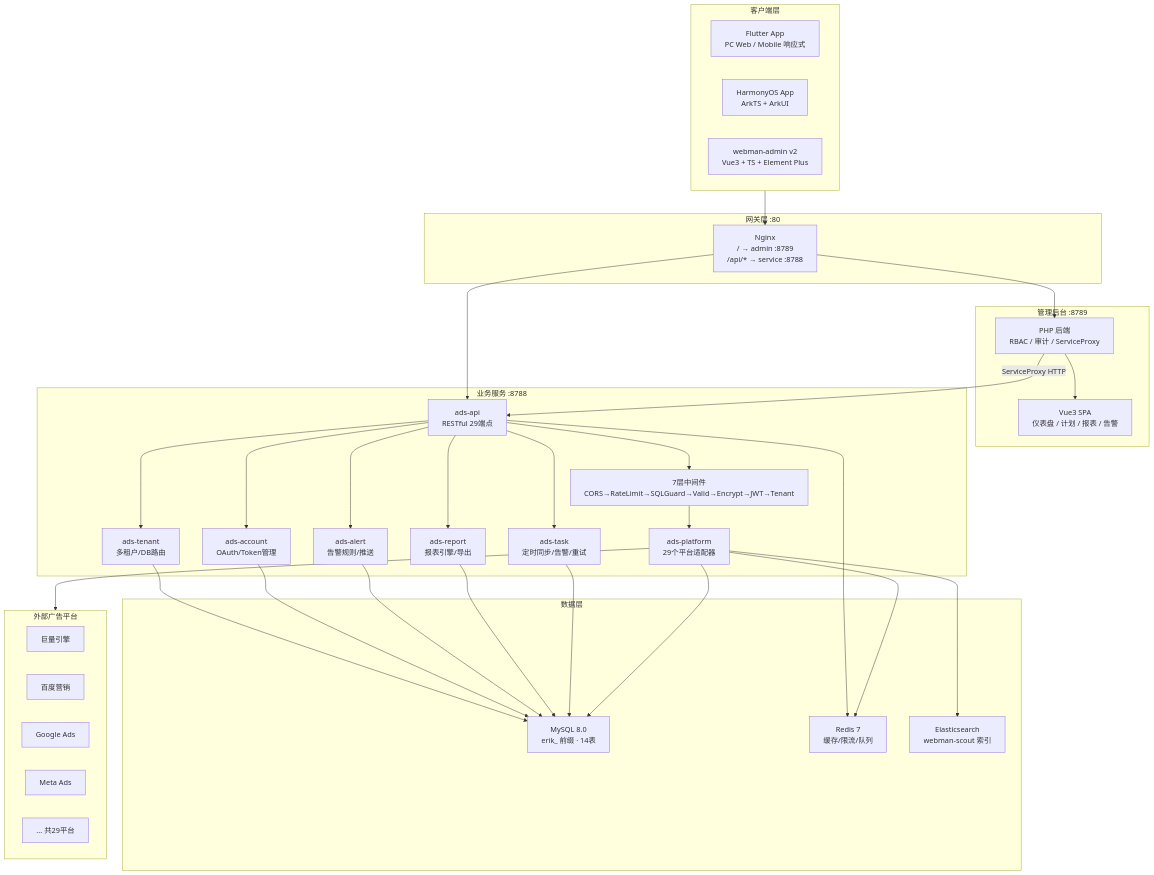
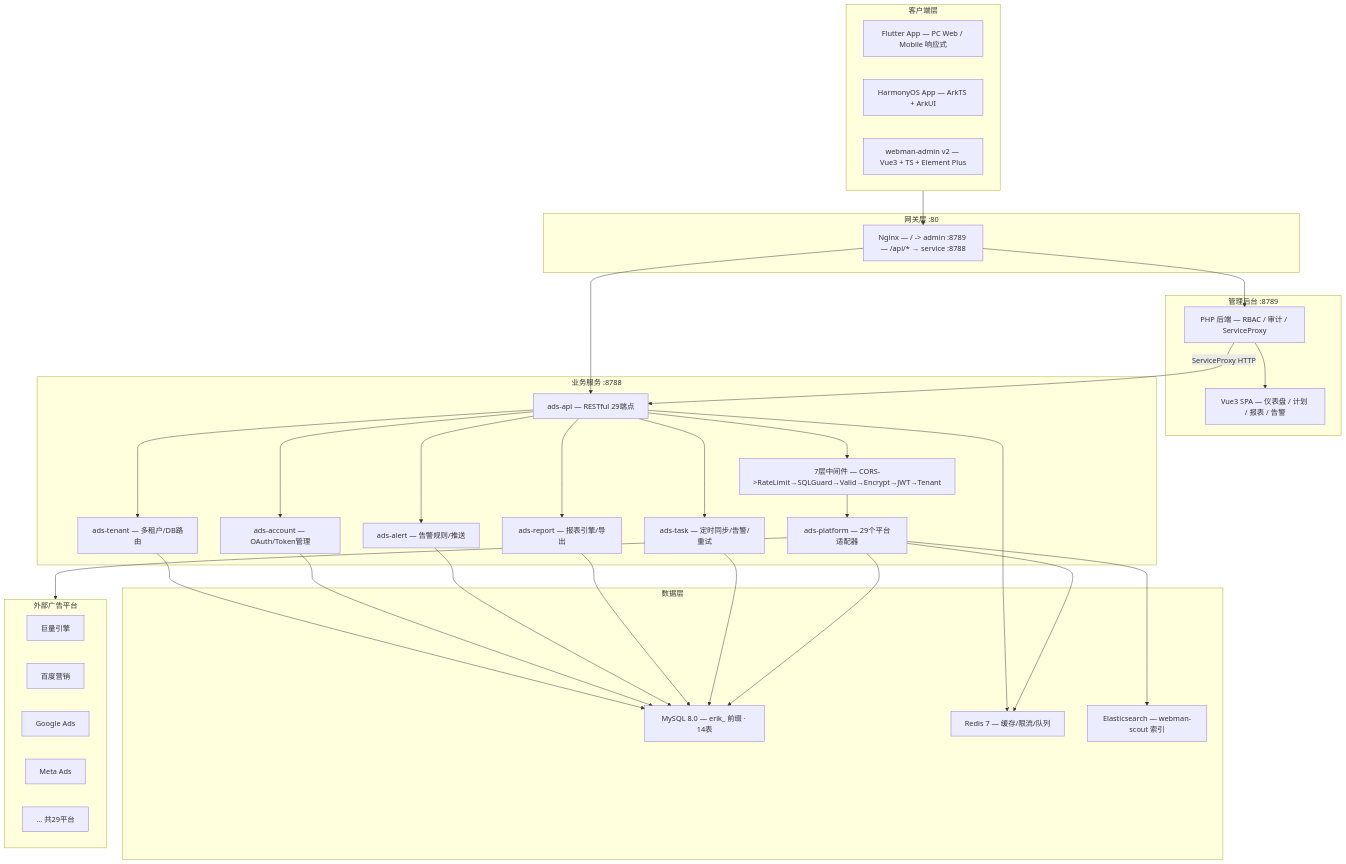
One commit to erikwang2013/ads-php changed the first of 8 diagrams in docs/superpowers/specs/2026-05-14-ads-platform-design.md. Above: the diagram before and after it, drawn with Mermaid. The commit also changed other lines of this file, not shown here.

First line of the commit message:
fix: convert classDiagram to flowchart, remove HTML breaks from Mermaid

````diff
--- a/docs/superpowers/specs/2026-05-14-ads-platform-design.md
+++ b/docs/superpowers/specs/2026-05-14-ads-platform-design.md
@@ -35,65 +35,65 @@
 ```mermaid
 graph TB
     subgraph Clients["客户端层"]
-        Flutter["Flutter App<br/>PC Web / Mobile 响应式"]
-        HarmonyOS["HarmonyOS App<br/>ArkTS + ArkUI"]
-        AdminUI["webman-admin v2<br/>Vue3 + TS + Element Plus"]
+        Flutter["Flutter App — PC Web / Mobile 响应式"]
+        HarmonyOS["HarmonyOS App — ArkTS + ArkUI"]
+        AdminUI["webman-admin v2 — Vue3 + TS + Element Plus"]
     end
 
     subgraph Gateway["网关层 :80"]
-        Nginx["Nginx<br/>/ → admin :8789<br/>/api/* → service :8788"]
+        Nginx["Nginx — / -> admin :8789 — /api/* → service :8788"]
     end
 
     subgraph Admin["管理后台 :8789"]
-        AdminPHP["PHP 后端<br/>RBAC / 审计 / ServiceProxy"]
-        AdminSPA["Vue3 SPA<br/>仪表盘 / 计划 / 报表 / 告警"]
+        AdminPHP["PHP 后端 — RBAC / 审计 / ServiceProxy"]
+        AdminSPA["Vue3 SPA — 仪表盘 / 计划 / 报表 / 告警"]
     end
 
     subgraph Service["业务服务 :8788"]
-        API["ads-api<br/>RESTful 29端点"]
-        Middleware["7层中间件<br/>CORS→RateLimit→SQLGuard→Valid→Encrypt→JWT→Tenant"]
-        Platform["ads-platform<br/>29个平台适配器"]
-        Task["ads-task<br/>定时同步/告警/重试"]
-        Report["ads-report<br/>报表引擎/导出"]
-        Alert["ads-alert<br/>告警规则/推送"]
-        Account["ads-account<br/>OAuth/Token管理"]
-        Tenant["ads-tenant<br/>多租户/DB路由"]
+        API["ads-api — RESTful 29端点"]
+        Middleware["7层中间件 — CORS->RateLimit→SQLGuard→Valid→Encrypt→JWT→Tenant"]
+        Platform["ads-platform — 29个平台适配器"]
+        Task["ads-task — 定时同步/告警/重试"]
+        Report["ads-report — 报表引擎/导出"]
+        Alert["ads-alert — 告警规则/推送"]
+        Account["ads-account — OAuth/Token管理"]
+        Tenant["ads-tenant — 多租户/DB路由"]
     end
 
     subgraph Data["数据层"]
-        MySQL["MySQL 8.0<br/>erik_ 前缀 · 14表"]
-        Redis["Redis 7<br/>缓存/限流/队列"]
-        ES["Elasticsearch<br/>webman-scout 索引"]
+        MySQL["MySQL 8.0 — erik_ 前缀 · 14表"]
+        Redis["Redis 7 — 缓存/限流/队列"]
+        ES["Elasticsearch — webman-scout 索引"]
     end
 
     subgraph External["外部广告平台"]
         Juliang["巨量引擎"]
         Baidu["百度营销"]
         Google["Google Ads"]
         Meta["Meta Ads"]
         Others["... 共29平台"]
     end
 
     Clients --> Nginx
     Nginx --> AdminPHP
     Nginx --> API
     AdminPHP --> AdminSPA
     AdminPHP -->|ServiceProxy HTTP| API
     API --> Middleware
     Middleware --> Platform
     Platform --> External
     API --> Task
     API --> Report
     API --> Alert
     API --> Account
     API --> Tenant
     Platform --> MySQL
     Task --> MySQL
     Report --> MySQL
     Alert --> MySQL
     Account --> MySQL
     Tenant --> MySQL
     Platform --> Redis
     API --> Redis
     Platform --> ES
 ```
````
